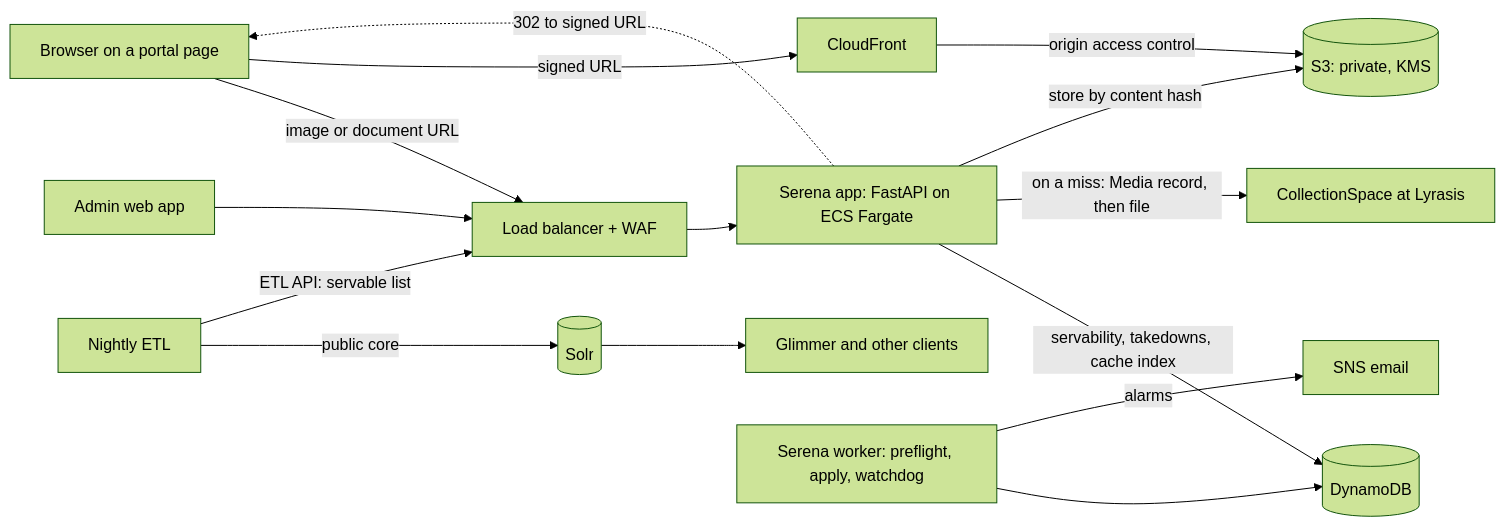
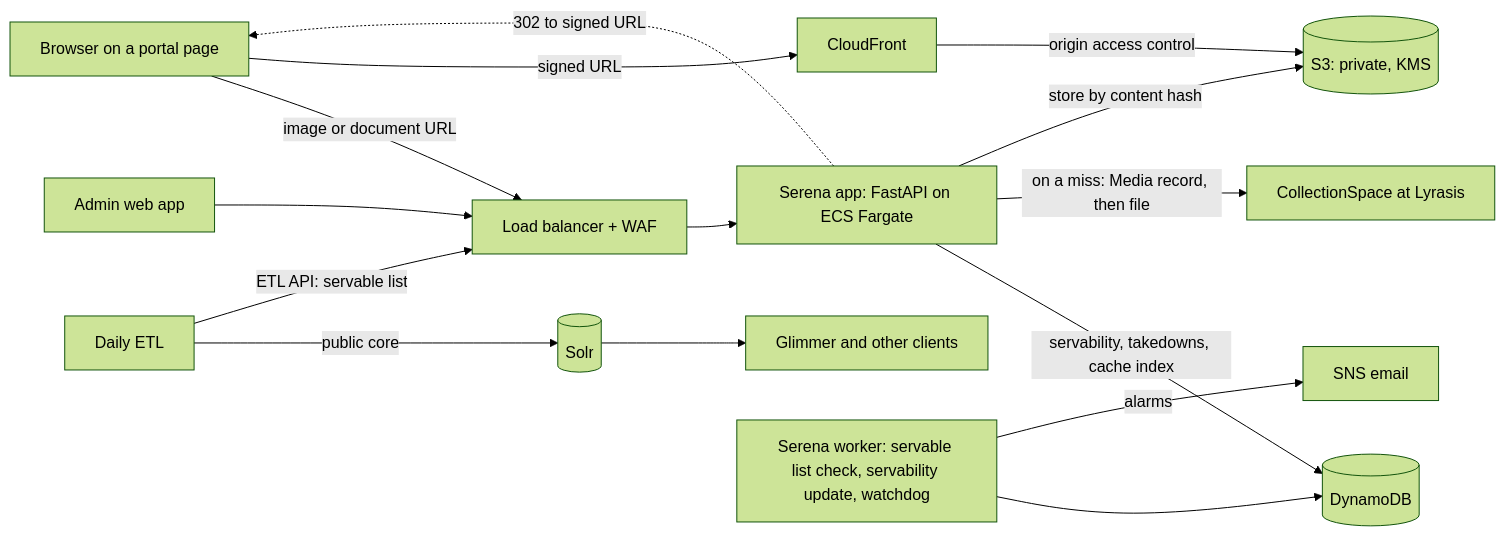
One commit to ets-berkeley-edu/cspace-media-server changed the first of 2 diagrams in docs/design.md. Above: the diagram before and after it, drawn with Mermaid (forest theme). The commit also changed other lines of this file and 62 other files, not shown here.

First line of the commit message:
Use the agreed terms: refresh, servable list check, servability update

````diff
--- a/docs/design.md
+++ b/docs/design.md
@@ -141,17 +141,17 @@
 ```mermaid
 flowchart LR
   B[Browser on a portal page] -->|image or document URL| A[Load balancer + WAF]
   A --> S[Serena app: FastAPI on ECS Fargate]
   S -->|servability, takedowns, cache index| D[(DynamoDB)]
   S -->|on a miss: Media record, then file| C[CollectionSpace at Lyrasis]
   S -->|store by content hash| K[(S3: private, KMS)]
   S -.->|302 to signed URL| B
   B -->|signed URL| F[CloudFront]
   F -->|origin access control| K
-  E[Nightly ETL] -->|public core| P[(Solr)]
+  E[Daily ETL] -->|public core| P[(Solr)]
   P --> G[Glimmer and other clients]
   E -->|ETL API: servable list| A
-  W[Serena worker: preflight, apply, watchdog] --> D
+  W[Serena worker: servable list check, servability update, watchdog] --> D
   W -->|alarms| N[SNS email]
   M[Admin web app] --> A
 ```
````
